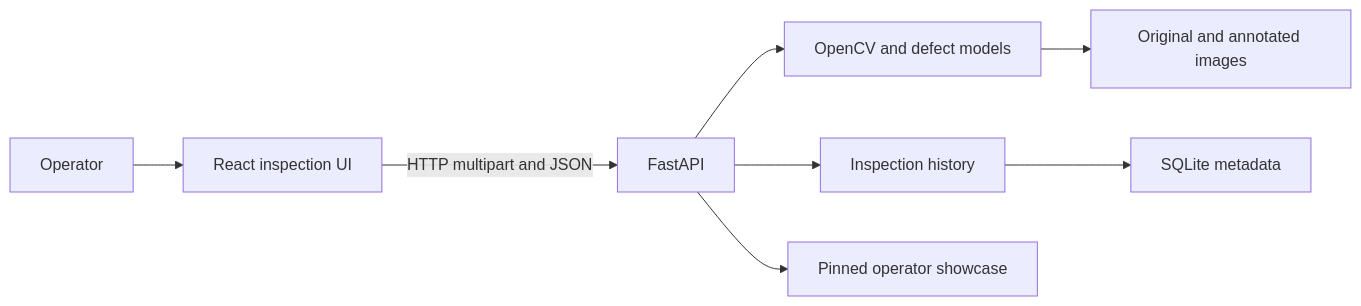
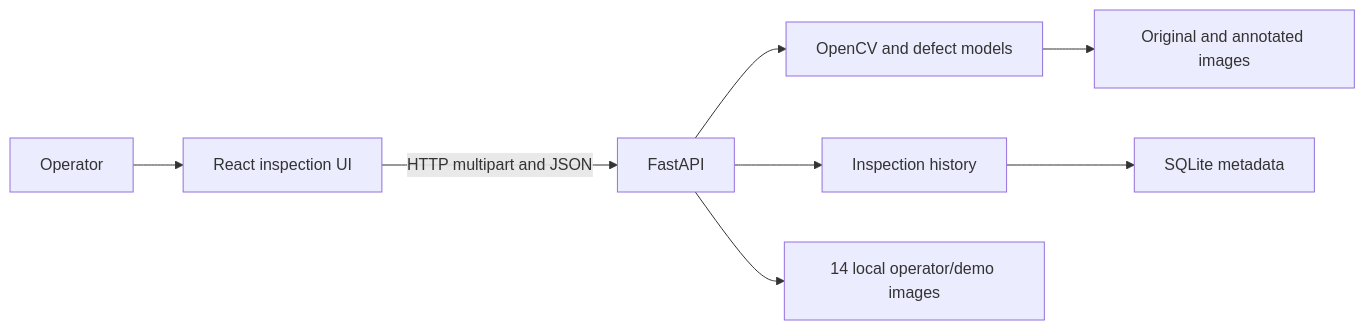
The first of 2 diagrams in ARCHITECTURE.md (legion2440/inspect-vision), drawn with Mermaid before and after one commit. The commit also changed other lines of this file and 11 other files, not shown here.

Commit message:
docs(samples): align single local demo corpus

````diff
--- a/ARCHITECTURE.md
+++ b/ARCHITECTURE.md
@@ -15,10 +15,10 @@
 ```mermaid
 flowchart LR
     Operator["Operator"] --> Frontend["React inspection UI"]
     Frontend -->|"HTTP multipart and JSON"| API["FastAPI"]
     API --> Detection["OpenCV and defect models"]
     API --> History["Inspection history"]
-    API --> Samples["Pinned operator showcase"]
+    API --> Samples["14 local operator/demo images"]
     Detection --> Media["Original and annotated images"]
     History --> Database["SQLite metadata"]
 ```
````
